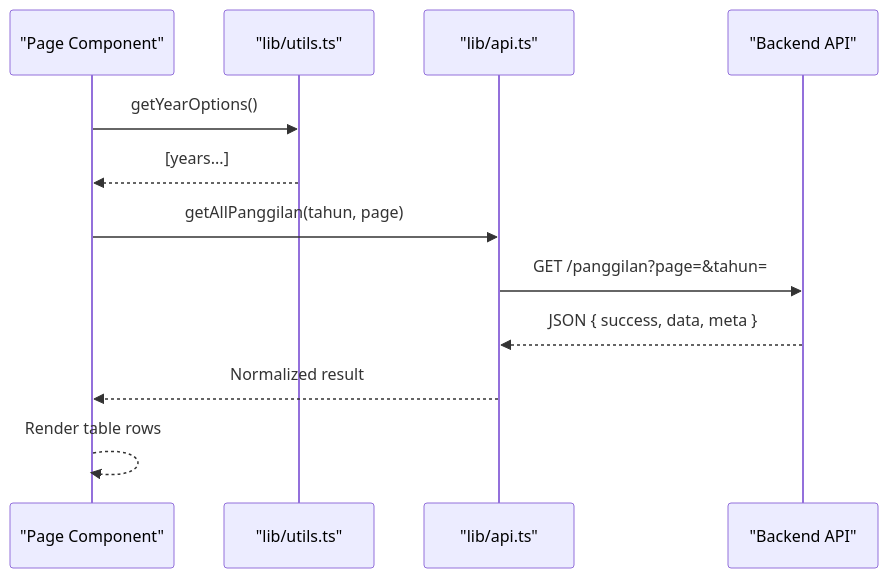
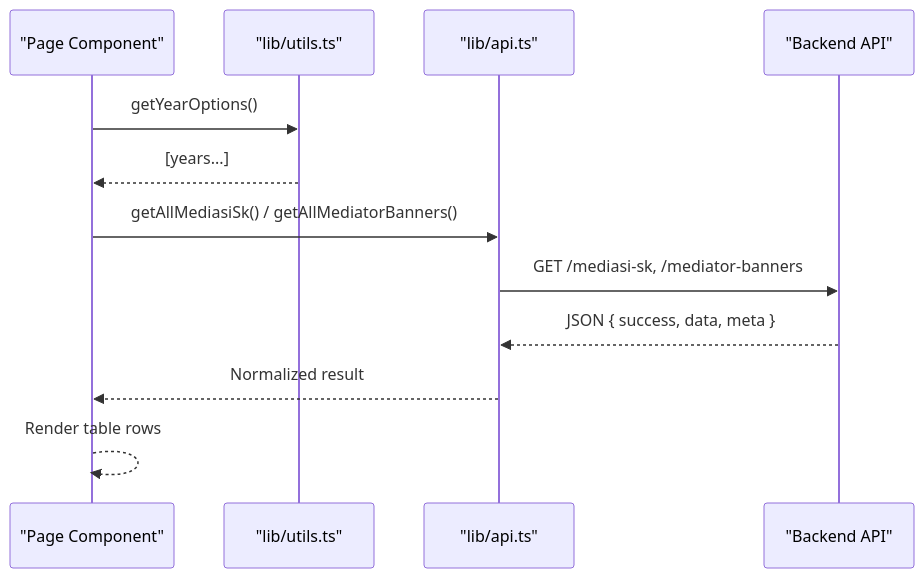
The tenth of 11 diagrams in .qoder/repowiki/en/content/Core Components/Layout and Navigation.md (backuppapnj/admin-panel), drawn with Mermaid before and after one commit. The commit also changed other lines of this file and 10 other files, not shown here.

Commit message:
Add inovasi module and mediasi documentation, update sidebar and API

````diff
--- a/.qoder/repowiki/en/content/Core Components/Layout and Navigation.md
+++ b/.qoder/repowiki/en/content/Core Components/Layout and Navigation.md
@@ -294,14 +350,14 @@
 ```mermaid
 sequenceDiagram
 participant Page as "Page Component"
 participant Utils as "lib/utils.ts"
 participant API as "lib/api.ts"
 participant Server as "Backend API"
 Page->>Utils : getYearOptions()
 Utils-->>Page : [years...]
-Page->>API : getAllPanggilan(tahun, page)
-API->>Server : GET /panggilan?page=&tahun=
+Page->>API : getAllMediasiSk() / getAllMediatorBanners()
+API->>Server : GET /mediasi-sk, /mediator-banners
 Server-->>API : JSON { success, data, meta }
 API-->>Page : Normalized result
 Page-->>Page : Render table rows
 ```
````
